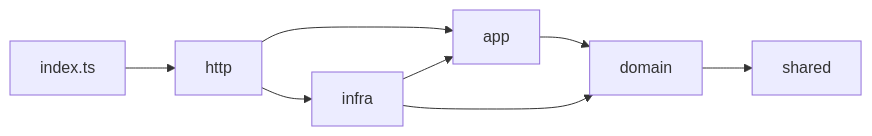
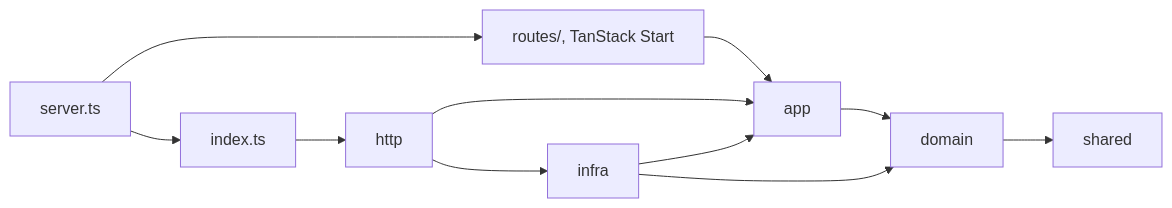
The first of 2 diagrams in docs/architecture.md (ken109/r2-lfs), drawn with Mermaid before and after one commit. The commit also changed other lines of this file and 29 other files, not shown here.

First line of the commit message:
build: serve the Worker through TanStack Start so it can host an admin UI

````diff
--- a/docs/architecture.md
+++ b/docs/architecture.md
@@ -17,10 +21,13 @@
 ```mermaid
 flowchart LR
+  server[server.ts] --> routes[routes/, TanStack Start]
+  server --> index[index.ts]
+  routes --> app
   index[index.ts] --> http
   http --> app
   http --> infra
   app --> domain
   infra --> app
   infra --> domain
   domain --> shared
 ```
````
